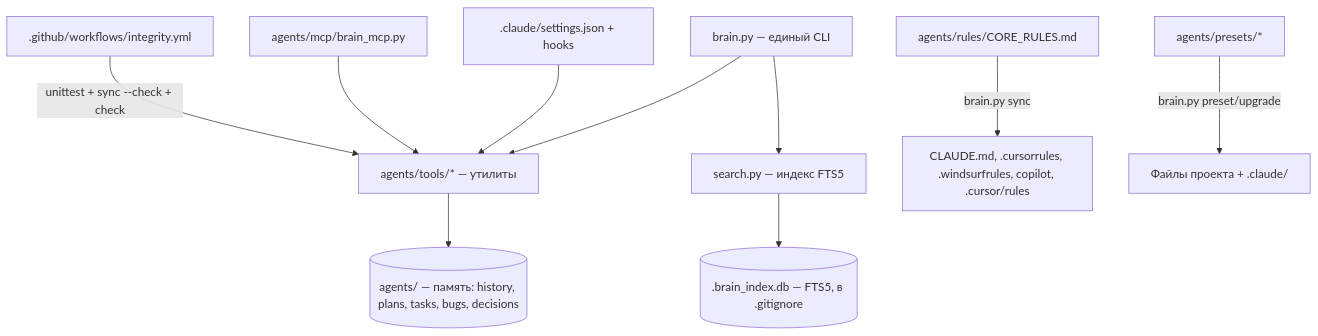
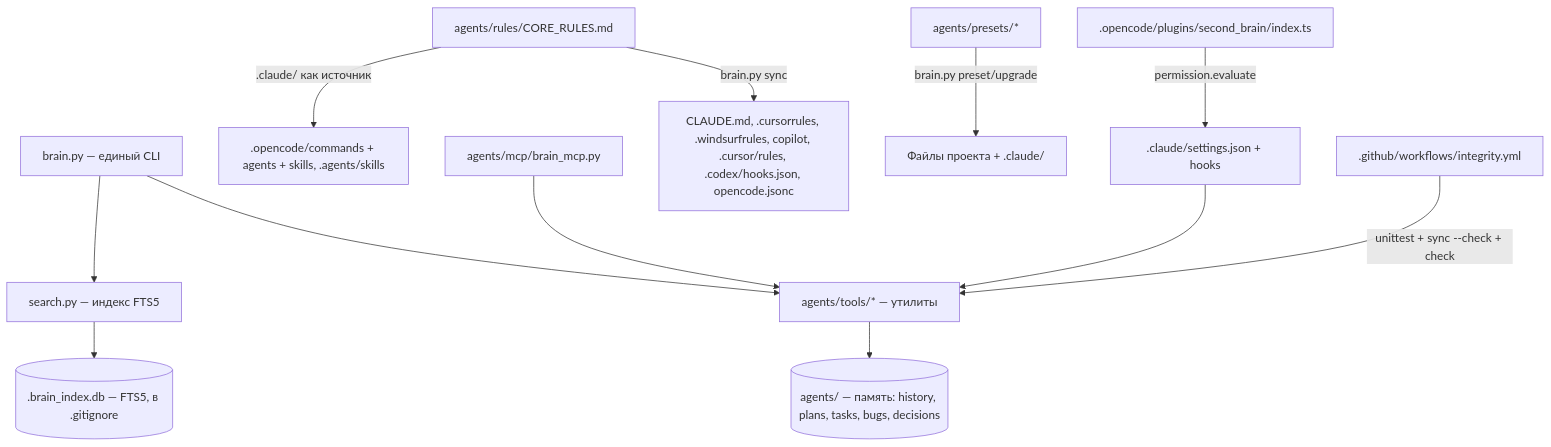
The diagram in agents/architecture/CODEBASE_MAP.md (madsaomi/agents), drawn with Mermaid before and after one commit. The commit also changed other lines of this file and 38 other files, not shown here.

Commit message:
feat(plan-006): codex hooks.json + .agents/skills mirror, opencode.jsonc/commands/agents/skills render, plan-first gate plugin

````diff
--- a/agents/architecture/CODEBASE_MAP.md
+++ b/agents/architecture/CODEBASE_MAP.md
@@ -12,12 +12,14 @@
 ```mermaid
 graph TD
     CLI[brain.py — единый CLI] --> Tools[agents/tools/* — утилиты]
     CLI --> Search[search.py — индекс FTS5]
     Hooks[.claude/settings.json + hooks] --> Tools
     MCP[agents/mcp/brain_mcp.py] --> Tools
-    Canon[agents/rules/CORE_RULES.md] -->|brain.py sync| Configs[CLAUDE.md, .cursorrules, .windsurfrules, copilot, .cursor/rules]
+    Canon[agents/rules/CORE_RULES.md] -->|brain.py sync| Configs[CLAUDE.md, .cursorrules, .windsurfrules, copilot, .cursor/rules, .codex/hooks.json, opencode.jsonc]
+    Canon -->|.claude/ как источник| Transforms[.opencode/commands + agents + skills, .agents/skills]
+    Plugin[.opencode/plugins/second_brain/index.ts] -->|permission.evaluate| Hooks
     Presets[agents/presets/*] -->|brain.py preset/upgrade| Files[Файлы проекта + .claude/]
     Tools --> Memory[(agents/ — память: history, plans, tasks, bugs, decisions)]
     Search --> Index[(.brain_index.db — FTS5, в .gitignore)]
     CI[.github/workflows/integrity.yml] -->|unittest + sync --check + check| Tools
 ```
````
